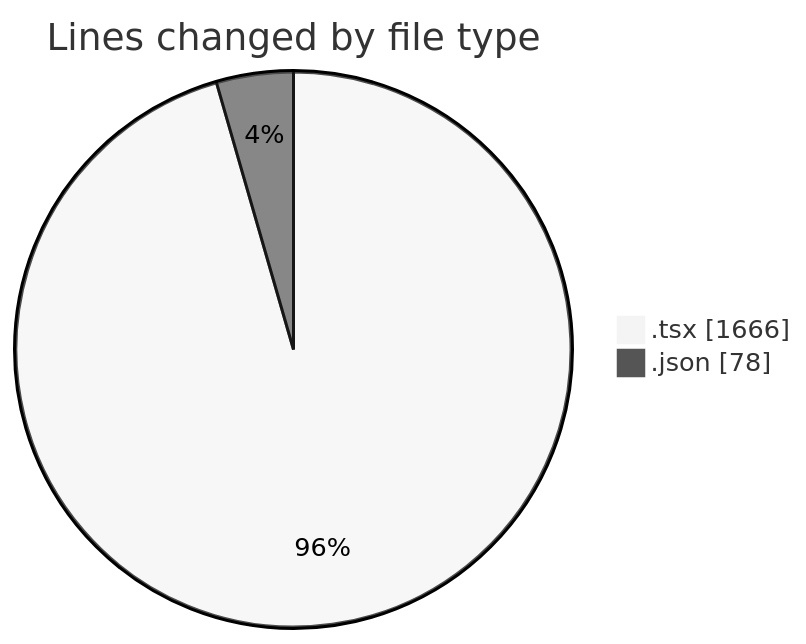
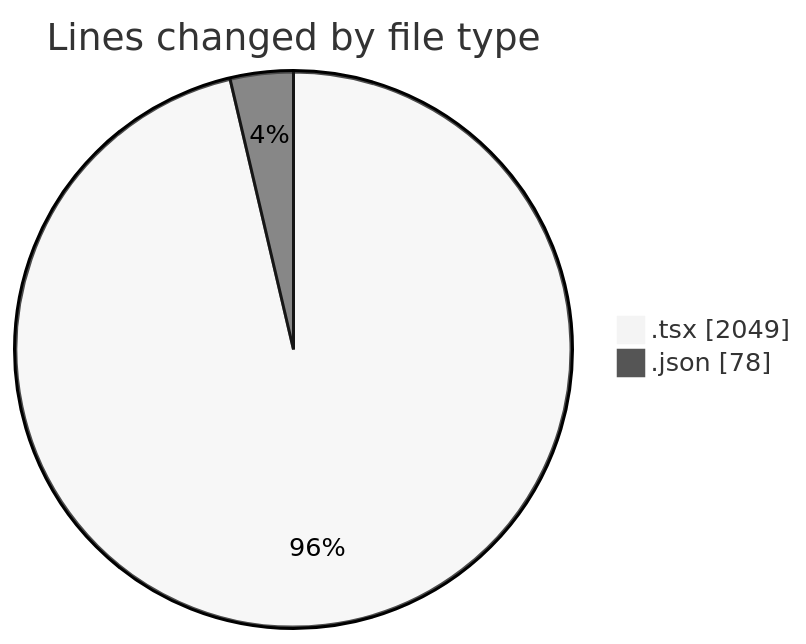
One commit to nxtqubesakshisongat/code-tracking changed the first of 2 diagrams in 2026-03-03/nxtqube_webapp/README.md. Above: the diagram before and after it, drawn with Mermaid (neutral theme). The commit also changed other lines of this file and 1 other file, not shown here.

````diff
--- a/2026-03-03/nxtqube_webapp/README.md
+++ b/2026-03-03/nxtqube_webapp/README.md
@@ -23,6 +24,6 @@
 ```mermaid
 pie showData
 title Lines changed by file type
-".tsx" : 1666
+".tsx" : 2049
 ".json" : 78
 ```
````
